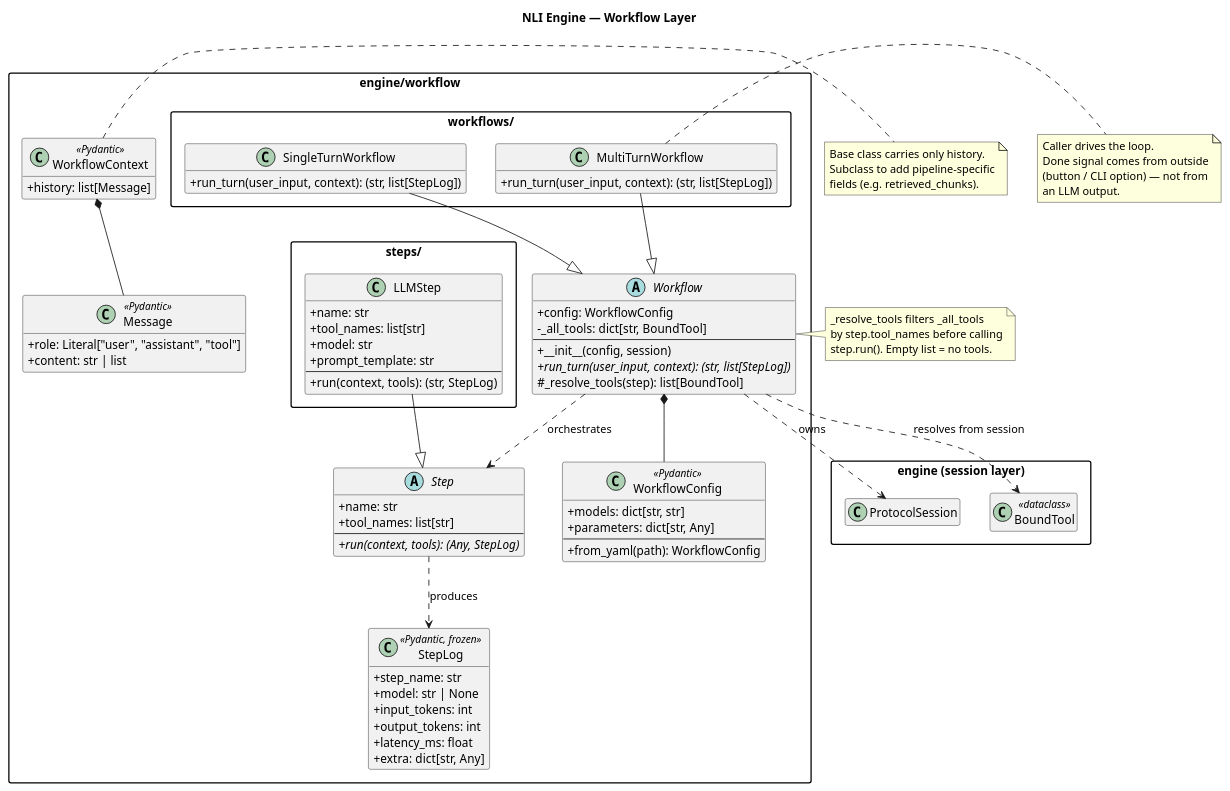
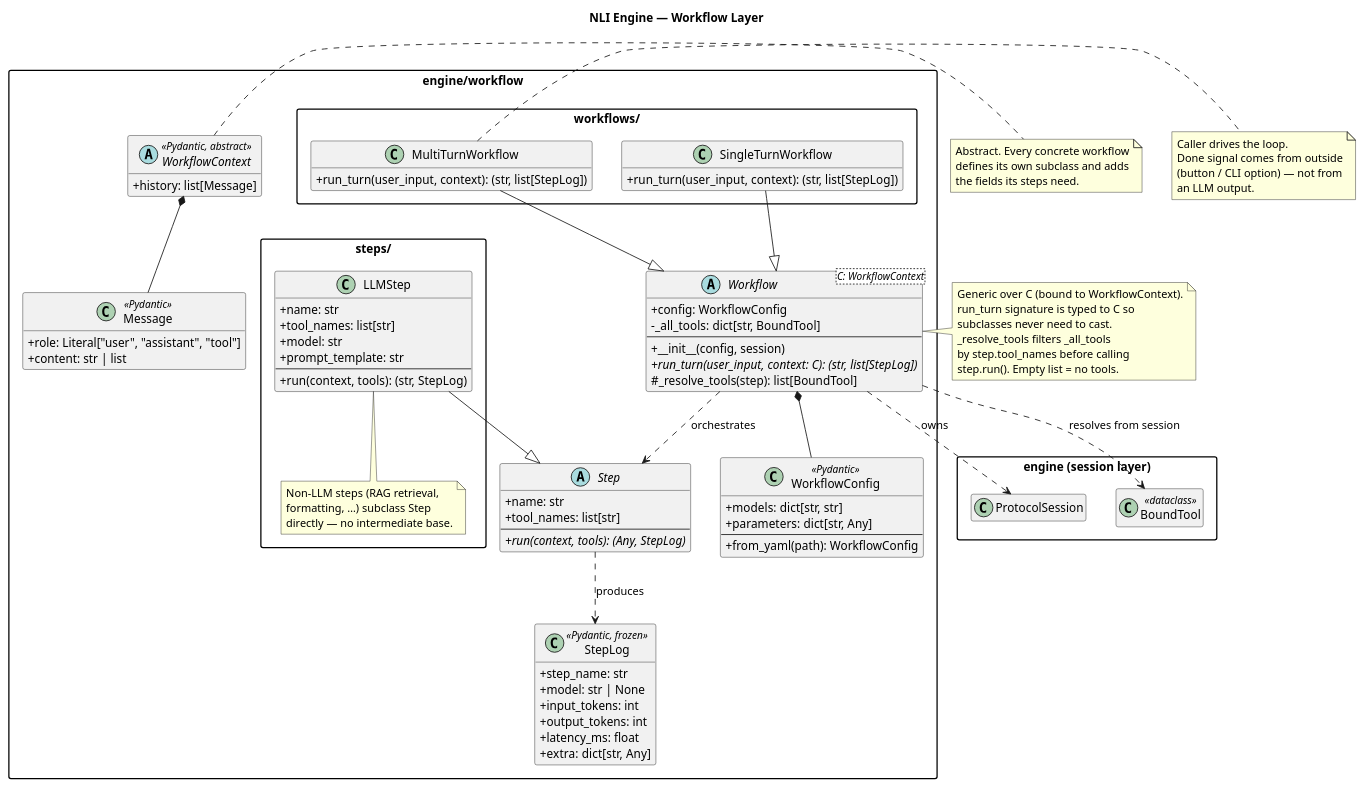
The diagram in docs/design/workflow_layer/workflow_layer.puml (Congiuntivo/cams-nli-engine), drawn with PlantUML before and after one commit. The commit also changed 3 other files, not shown here.

Commit message:
docs: refine workflow layer design with abstract context and generics

```diff
--- a/docs/design/workflow_layer/workflow_layer.puml
+++ b/docs/design/workflow_layer/workflow_layer.puml
@@ -1,108 +1,117 @@
 @startuml workflow_layer
 title NLI Engine — Workflow Layer
 
 skinparam classAttributeIconSize 0
 skinparam packageStyle rectangle
 hide empty members
 
 package "engine/workflow" {
 
     class WorkflowConfig <<Pydantic>> {
         + models: dict[str, str]
         + parameters: dict[str, Any]
         --
         + from_yaml(path): WorkflowConfig
     }
 
     class Message <<Pydantic>> {
         + role: Literal["user", "assistant", "tool"]
         + content: str | list
     }
 
-    class WorkflowContext <<Pydantic>> {
+    abstract class WorkflowContext <<Pydantic, abstract>> {
         + history: list[Message]
     }
 
     class StepLog <<Pydantic, frozen>> {
         + step_name: str
         + model: str | None
         + input_tokens: int
         + output_tokens: int
         + latency_ms: float
         + extra: dict[str, Any]
     }
 
     abstract class Step {
         + name: str
         + tool_names: list[str]
         --
         + {abstract} run(context, tools): (Any, StepLog)
     }
 
-    abstract class Workflow {
+    abstract class "Workflow<C: WorkflowContext>" as Workflow {
         + config: WorkflowConfig
         - _all_tools: dict[str, BoundTool]
         --
         + __init__(config, session)
-        + {abstract} run_turn(user_input, context): (str, list[StepLog])
+        + {abstract} run_turn(user_input, context: C): (str, list[StepLog])
         # _resolve_tools(step): list[BoundTool]
     }
 
     package "steps/" {
         class LLMStep {
             + name: str
             + tool_names: list[str]
             + model: str
             + prompt_template: str
             --
             + run(context, tools): (str, StepLog)
         }
+
+        note bottom of LLMStep
+          Non-LLM steps (RAG retrieval,
+          formatting, …) subclass Step
+          directly — no intermediate base.
+        end note
     }
 
     package "workflows/" {
         class MultiTurnWorkflow {
             + run_turn(user_input, context): (str, list[StepLog])
         }
 
         class SingleTurnWorkflow {
             + run_turn(user_input, context): (str, list[StepLog])
         }
     }
 }
 
 package "engine (session layer)" {
     class ProtocolSession
     class BoundTool <<dataclass>>
 }
 
 WorkflowContext *-- Message
 Workflow *-- WorkflowConfig
 Workflow ..> ProtocolSession : owns
 Workflow ..> BoundTool : resolves from session
 Workflow ..> Step : orchestrates
 Step ..> StepLog : produces
 
 LLMStep --|> Step
 MultiTurnWorkflow --|> Workflow
 SingleTurnWorkflow --|> Workflow
 
 note right of WorkflowContext
-  Base class carries only history.
-  Subclass to add pipeline-specific
-  fields (e.g. retrieved_chunks).
+  Abstract. Every concrete workflow
+  defines its own subclass and adds
+  the fields its steps need.
 end note
 
 note right of Workflow
+  Generic over C (bound to WorkflowContext).
+  run_turn signature is typed to C so
+  subclasses never need to cast.
   _resolve_tools filters _all_tools
   by step.tool_names before calling
   step.run(). Empty list = no tools.
 end note
 
 note right of MultiTurnWorkflow
   Caller drives the loop.
   Done signal comes from outside
   (button / CLI option) — not from
   an LLM output.
 end note
 
 @enduml
```
